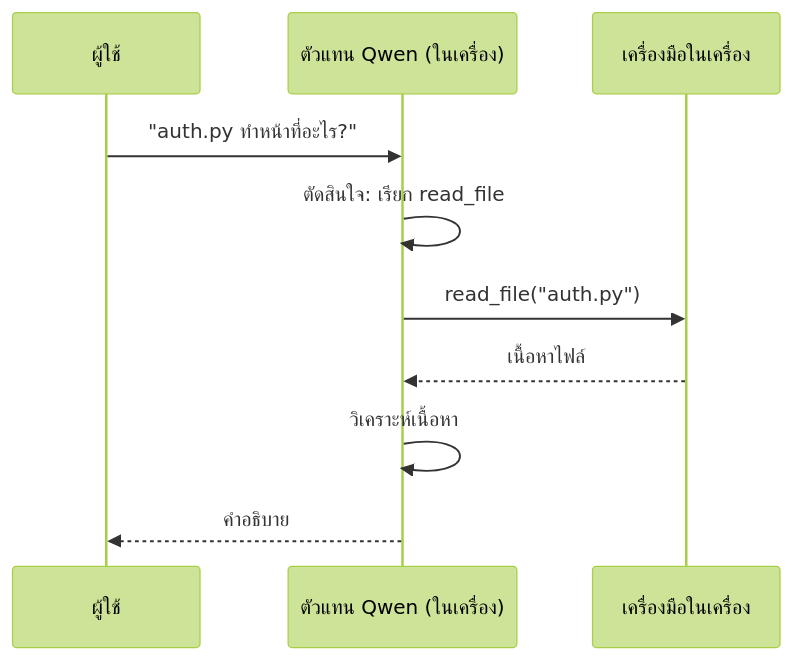
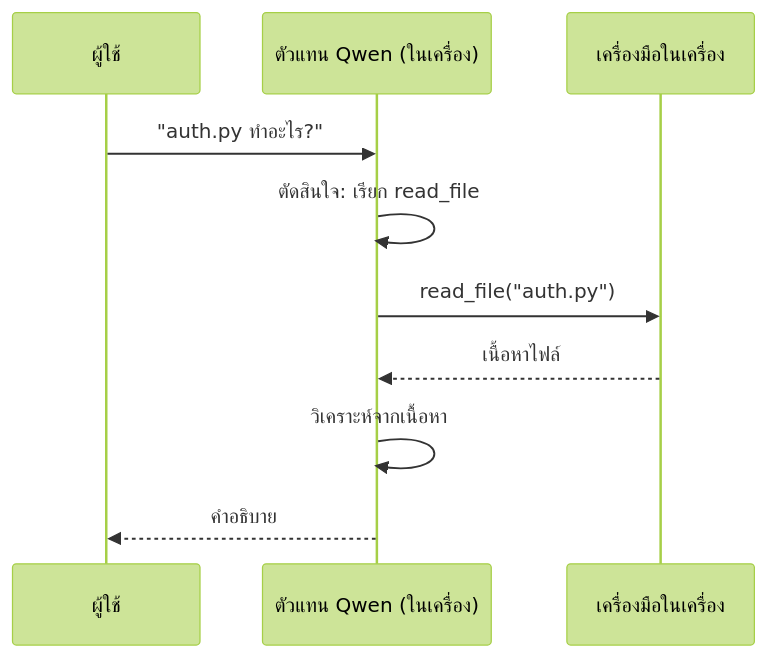
Before and after one commit to gabrielmoreira/agent-skills-mirror: the second of 4 diagrams in mirrors/repos/microsoft@ai-agents-for-beginners/translations/th/17-creating-local-ai-agents/README.md, drawn with Mermaid (forest theme). The commit also changed other lines of this file and 4262 other files, not shown here.

````diff
--- a/mirrors/repos/microsoft@ai-agents-for-beginners/translations/th/17-creating-local-ai-agents/README.md
+++ b/mirrors/repos/microsoft@ai-agents-for-beginners/translations/th/17-creating-local-ai-agents/README.md
@@ -106,12 +106,12 @@
 ```mermaid
 sequenceDiagram
     participant U as ผู้ใช้
     participant A as ตัวแทน Qwen (ในเครื่อง)
     participant T as เครื่องมือในเครื่อง
-    U->>A: "auth.py ทำหน้าที่อะไร?"
+    U->>A: "auth.py ทำอะไร?"
     A->>A: ตัดสินใจ: เรียก read_file
     A->>T: read_file("auth.py")
     T-->>A: เนื้อหาไฟล์
-    A->>A: วิเคราะห์เนื้อหา
+    A->>A: วิเคราะห์จากเนื้อหา
     A-->>U: คำอธิบาย
 ```
````
